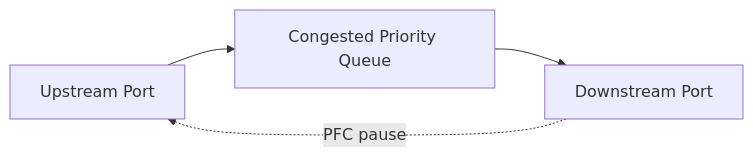
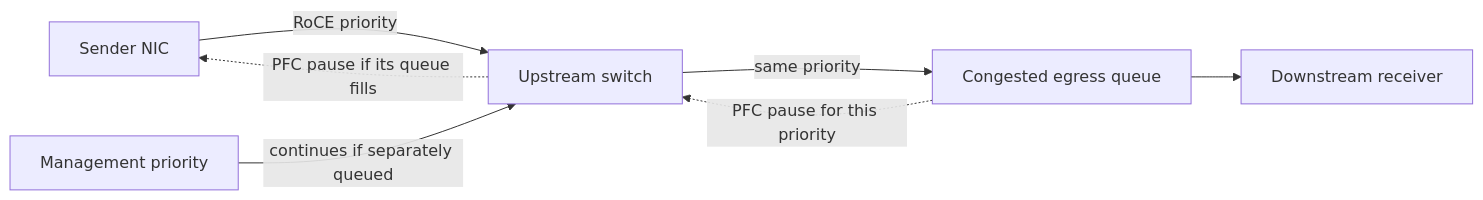
One commit to jithinpnjm/nvidia-devops changed the first of 2 diagrams in docs/nvidia-zero-to-hero/volume-09/chapter-04-priority-flow-control.md. Above: the diagram before and after it, drawn with Mermaid. The commit also changed other lines of this file and 2 other files, not shown here.

````diff
--- a/docs/nvidia-zero-to-hero/volume-09/chapter-04-priority-flow-control.md
+++ b/docs/nvidia-zero-to-hero/volume-09/chapter-04-priority-flow-control.md
@@ -18,6 +38,9 @@
 ```mermaid
 flowchart LR
-    Sender[Upstream Port] --> Queue[Congested Priority Queue]
-    Queue --> Receiver[Downstream Port]
-    Receiver -. PFC pause .-> Sender
+    A[Sender NIC] -->|RoCE priority| U[Upstream switch]
+    U -->|same priority| Q[Congested egress queue]
+    Q --> D[Downstream receiver]
+    Q -. PFC pause for this priority .-> U
+    U -. PFC pause if its queue fills .-> A
+    M[Management priority] -->|continues if separately queued| U
 ```
````
